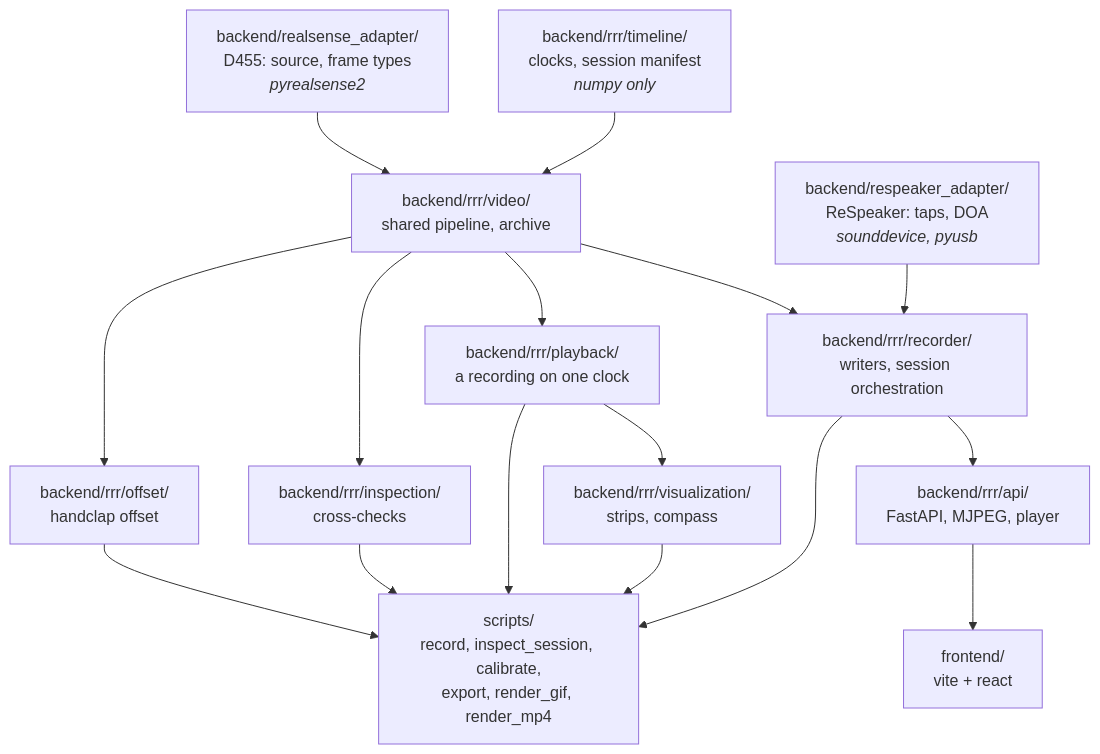
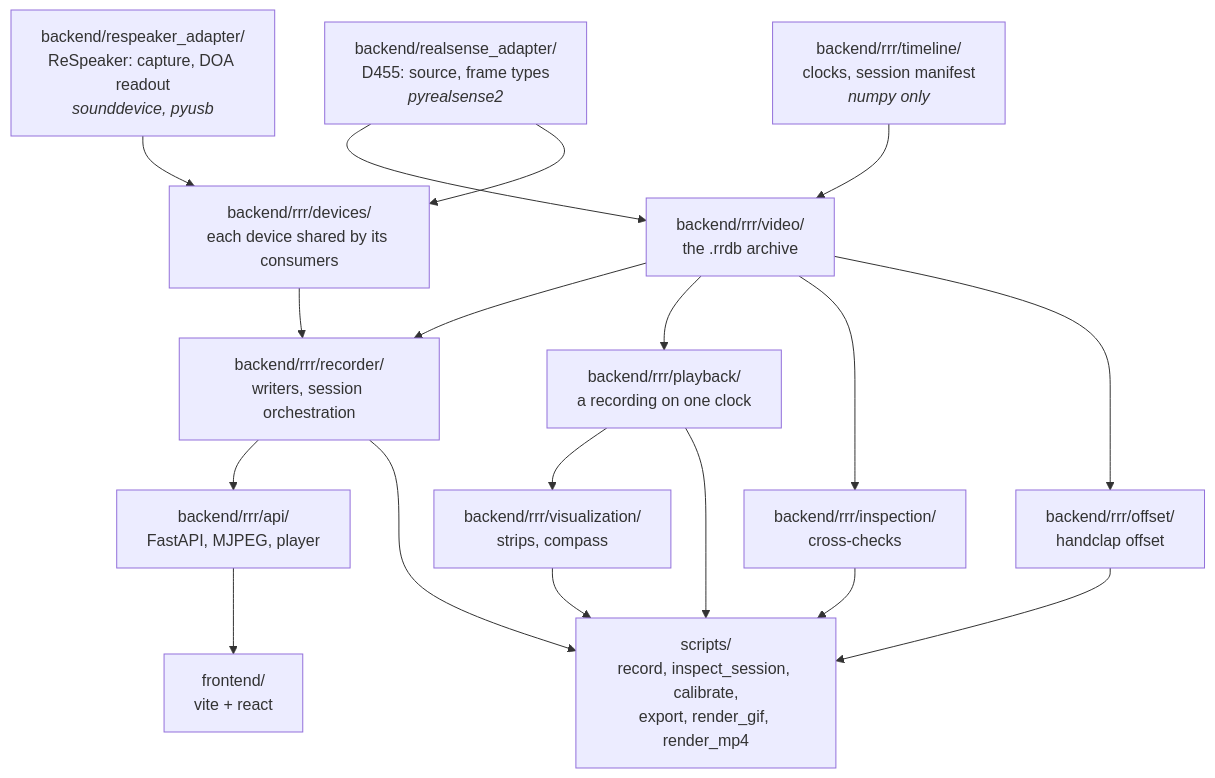
The first of 2 diagrams in docs/design.md (tkanek0/rererecorder), drawn with Mermaid before and after one commit. The commit also changed other lines of this file and 25 other files, not shown here.

Commit message:
Share every device through one SharedWorker in rrr.devices

````diff
--- a/docs/design.md
+++ b/docs/design.md
@@ -37,30 +37,33 @@
 ```mermaid
 flowchart TD
     T["backend/rrr/timeline/<br/>clocks, session manifest<br/><i>numpy only</i>"]
     D["backend/realsense_adapter/<br/>D455: source, frame types<br/><i>pyrealsense2</i>"]
-    V["backend/rrr/video/<br/>shared pipeline, archive"]
-    A["backend/respeaker_adapter/<br/>ReSpeaker: taps, DOA<br/><i>sounddevice, pyusb</i>"]
+    V["backend/rrr/video/<br/>the .rrdb archive"]
+    E["backend/rrr/devices/<br/>each device shared by its consumers"]
+    A["backend/respeaker_adapter/<br/>ReSpeaker: capture, DOA readout<br/><i>sounddevice, pyusb</i>"]
     R["backend/rrr/recorder/<br/>writers, session orchestration"]
     S["backend/rrr/api/<br/>FastAPI, MJPEG, player"]
     P["backend/rrr/playback/<br/>a recording on one clock"]
     N["backend/rrr/inspection/<br/>cross-checks"]
     O["backend/rrr/offset/<br/>handclap offset"]
     Z["backend/rrr/visualization/<br/>strips, compass"]
     X["scripts/<br/>record, inspect_session, calibrate,<br/>export, render_gif, render_mp4"]
     W["frontend/<br/>vite + react"]
     T --> V
     D --> V
+    D --> E
+    A --> E
+    E --> R
     V --> R
-    A --> R
     R --> S
     S --> W
     V --> P
     V --> N
     V --> O
     P --> Z
     R --> X
     N --> X
     O --> X
     P --> X
     Z --> X
 ```
````
